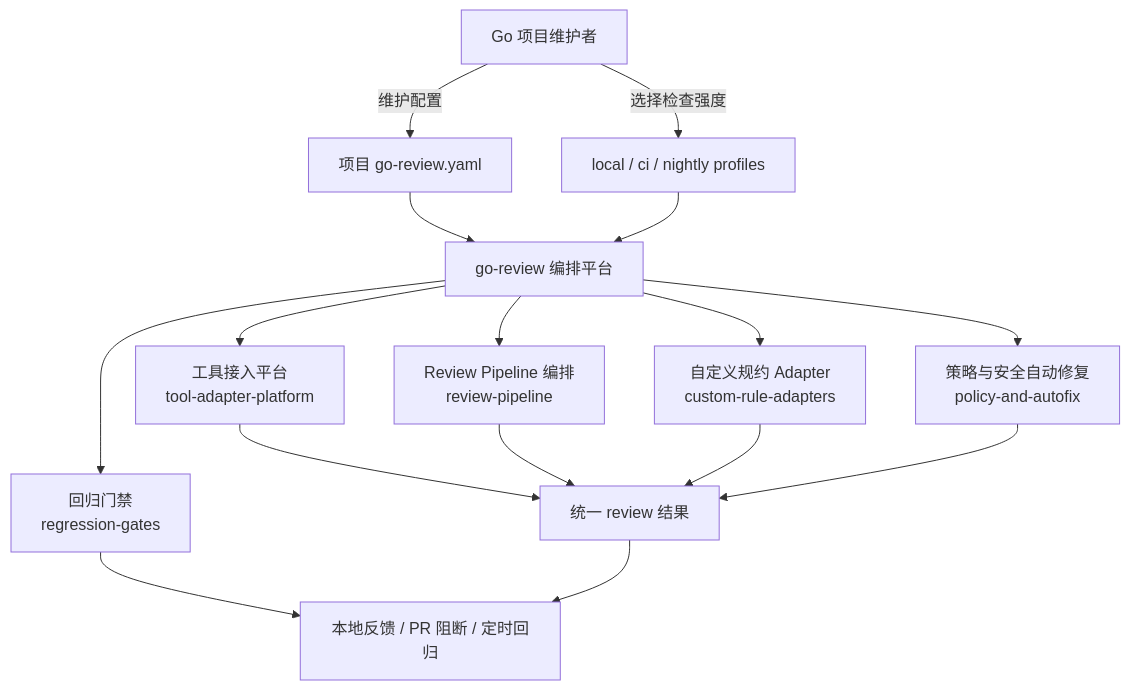
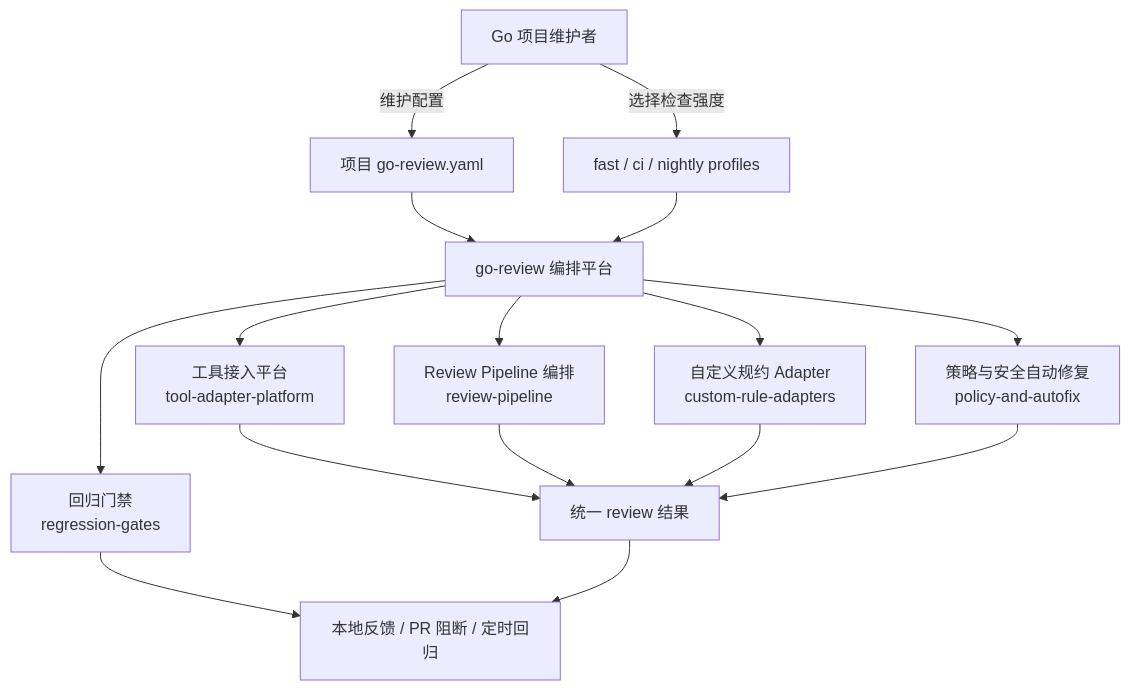
One commit to v111nce/go-review changed the diagram in docs/product/README.md. Above: the diagram before and after it, drawn with Mermaid. The commit also changed 24 other files, not shown here.

````diff
--- a/docs/product/README.md
+++ b/docs/product/README.md
@@ -7,24 +7,24 @@
 ```mermaid
 flowchart TD
   maintainer[Go 项目维护者]
   config[项目 go-review.yaml]
   platform[go-review 编排平台]
 
-  maintainer -->|选择检查强度| profiles[local / ci / nightly profiles]
+  maintainer -->|选择检查强度| profiles[fast / ci / nightly profiles]
   maintainer -->|维护配置| config
   config --> platform
   profiles --> platform
 
   platform --> adapters["工具接入平台<br/>tool-adapter-platform"]
   platform --> pipeline["Review Pipeline 编排<br/>review-pipeline"]
   platform --> rules["自定义规约 Adapter<br/>custom-rule-adapters"]
   platform --> fixes["策略与安全自动修复<br/>policy-and-autofix"]
   platform --> gates["回归门禁<br/>regression-gates"]
 
   adapters --> results[统一 review 结果]
   pipeline --> results
   rules --> results
   fixes --> results
   gates --> outcomes[本地反馈 / PR 阻断 / 定时回归]
   results --> outcomes
 ```
````
